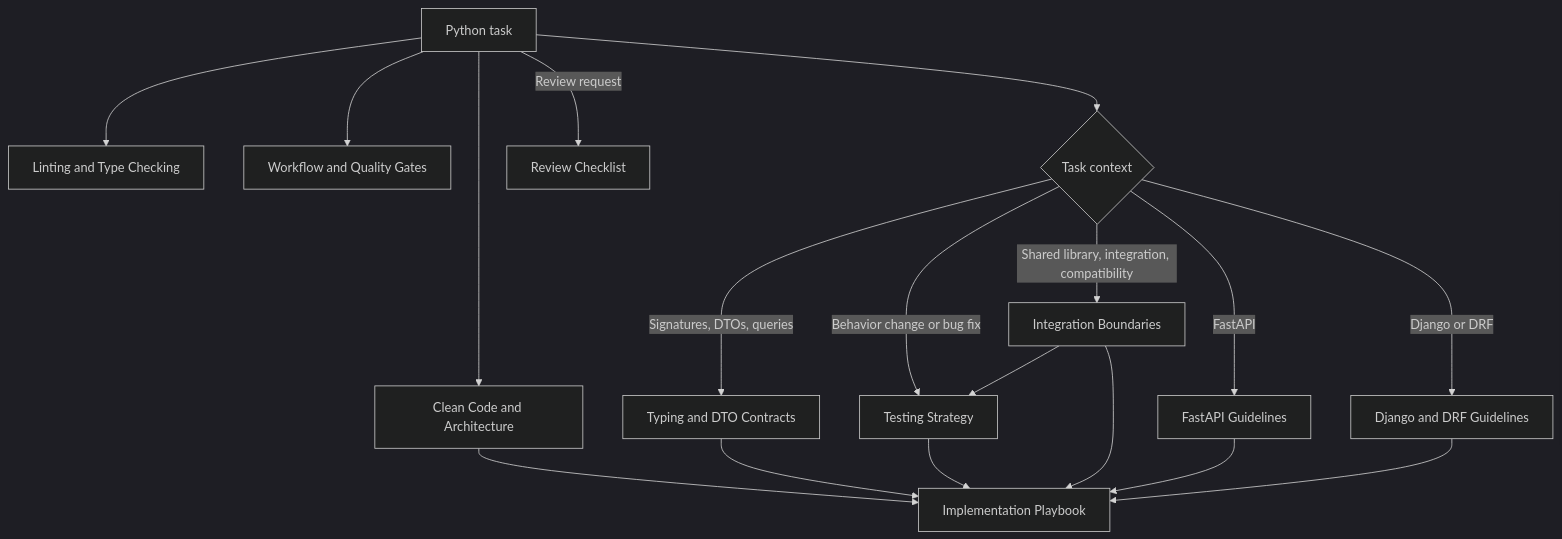
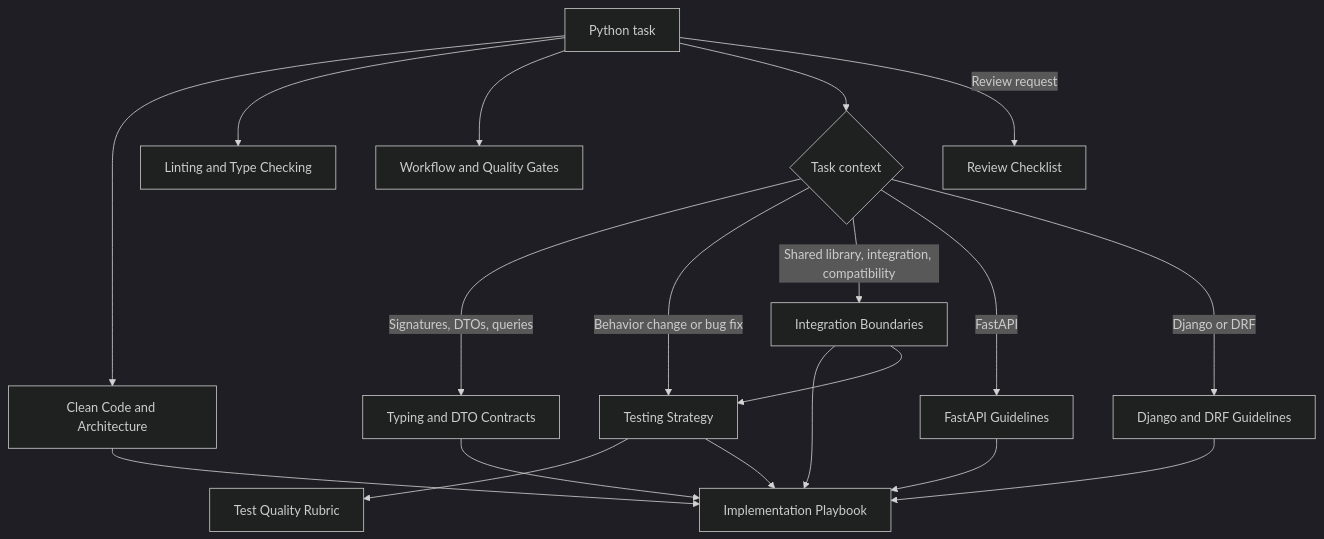
Before and after one commit to allexandrsokollov/main_obsidian_vault: the diagram in 00 Maps/Python Guidelines Context Map.md, drawn with Mermaid (dark theme). The commit also changed other lines of this file and 4 other files, not shown here.

Commit message:
Integrate test quality rubric into Python guidance

````diff
--- a/00 Maps/Python Guidelines Context Map.md
+++ b/00 Maps/Python Guidelines Context Map.md
@@ -25,20 +25,21 @@
 ```mermaid
 flowchart TD
     A["Python task"] --> C["Clean Code and Architecture"]
     A --> L["Linting and Type Checking"]
     A --> W["Workflow and Quality Gates"]
     A --> T{"Task context"}
     T -->|"Signatures, DTOs, queries"| Y["Typing and DTO Contracts"]
     T -->|"Behavior change or bug fix"| X["Testing Strategy"]
+    X --> Q["Test Quality Rubric"]
     T -->|"Shared library, integration, compatibility"| B["Integration Boundaries"]
     T -->|"FastAPI"| F["FastAPI Guidelines"]
     T -->|"Django or DRF"| D["Django and DRF Guidelines"]
     C --> I["Implementation Playbook"]
     Y --> I
     X --> I
     B --> I
     B --> X
     F --> I
     D --> I
     A -->|"Review request"| R["Review Checklist"]
 ```
````
